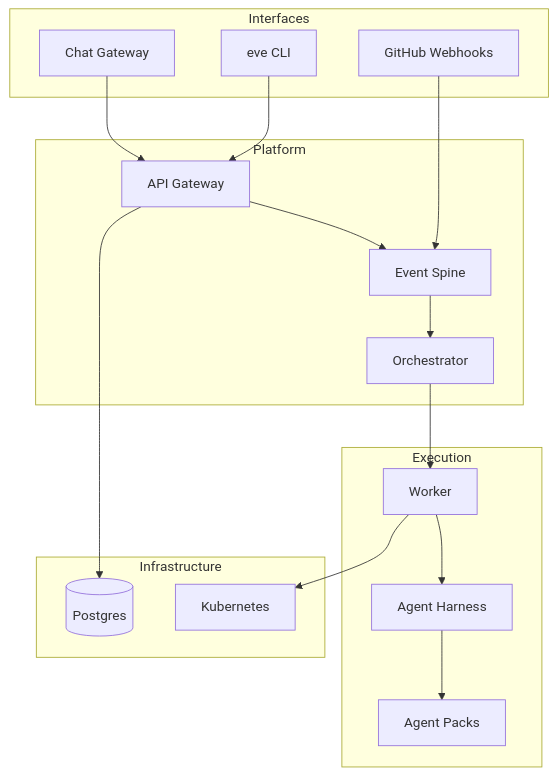
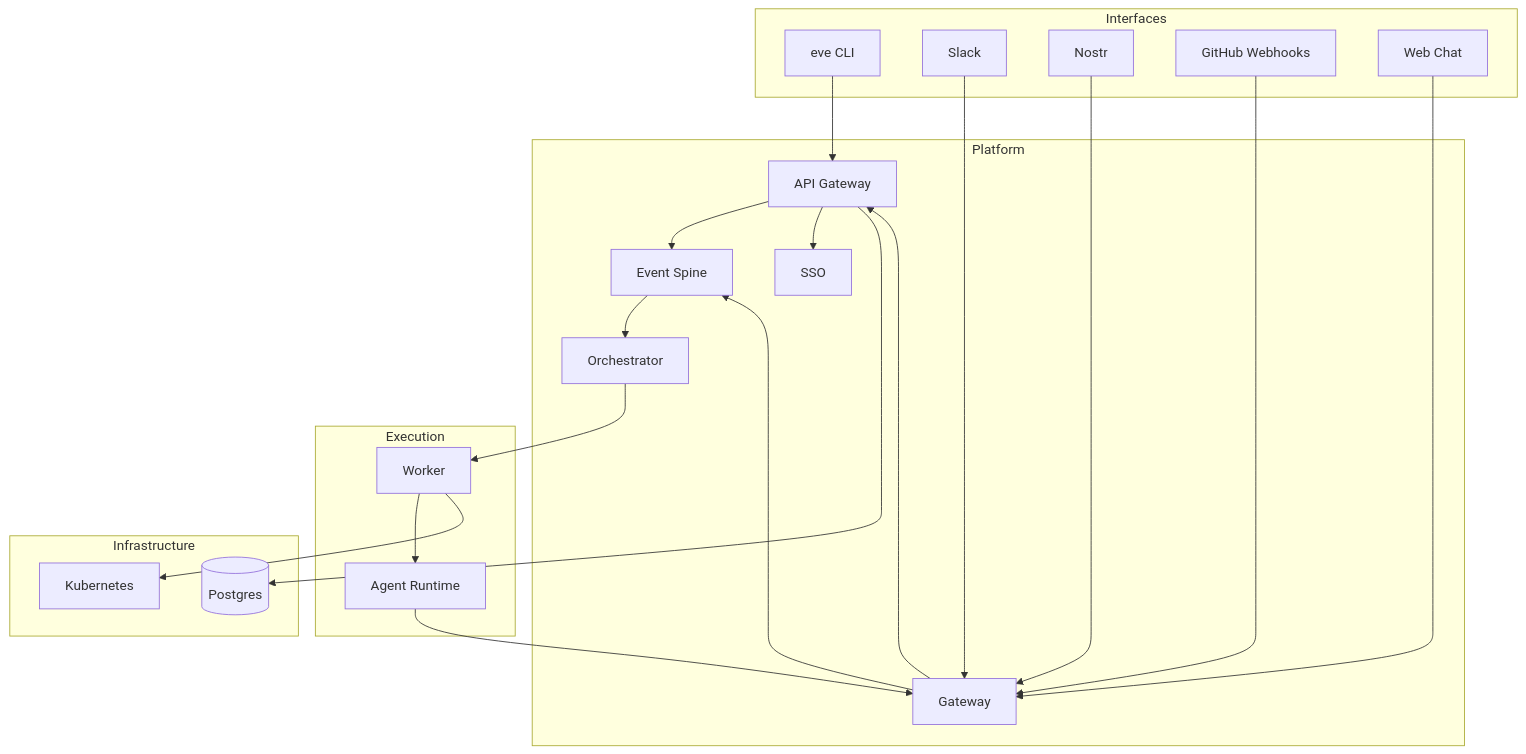
The fourth of 4 diagrams in website/docs/get-started/what-is-eve-horizon.md (eve-horizon/eve-horizon-docs), drawn with Mermaid before and after one commit. The commit also changed other lines of this file and 37 other files, not shown here.

````diff
--- a/website/docs/get-started/what-is-eve-horizon.md
+++ b/website/docs/get-started/what-is-eve-horizon.md
@@ -94,36 +94,44 @@
 ```mermaid
 graph TD
   subgraph Interfaces
     CLI["eve CLI"]
-    GW["Chat Gateway"]
+    Slack["Slack"]
+    Nostr["Nostr"]
     Webhooks["GitHub Webhooks"]
+    Web["Web Chat"]
   end
 
   subgraph Platform
     API["API Gateway"]
     Events["Event Spine"]
+    Gateway["Gateway"]
     Orch["Orchestrator"]
+    SSO["SSO"]
   end
 
   subgraph Execution
     Worker["Worker"]
-    Harness["Agent Harness"]
-    Packs["Agent Packs"]
+    Runtime["Agent Runtime"]
   end
 
   subgraph Infrastructure
     DB[(Postgres)]
     K8s["Kubernetes"]
   end
 
   CLI --> API
-  GW --> API
-  Webhooks --> Events
+  Slack --> Gateway
+  Nostr --> Gateway
+  Web --> Gateway
+  Webhooks --> Gateway
+  Gateway --> API
+  Gateway --> Events
   API --> Events
   Events --> Orch
   Orch --> Worker
-  Worker --> Harness
-  Harness --> Packs
+  Worker --> Runtime
+  Runtime --> Gateway
+  Worker --> K8s
+  API --> SSO
   API --> DB
-  Worker --> K8s
 ```
````
